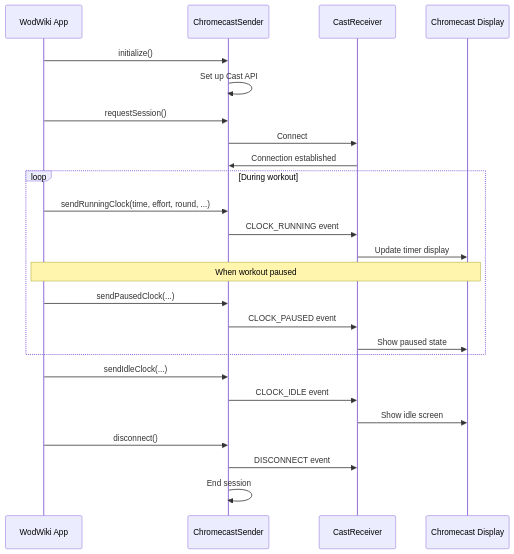
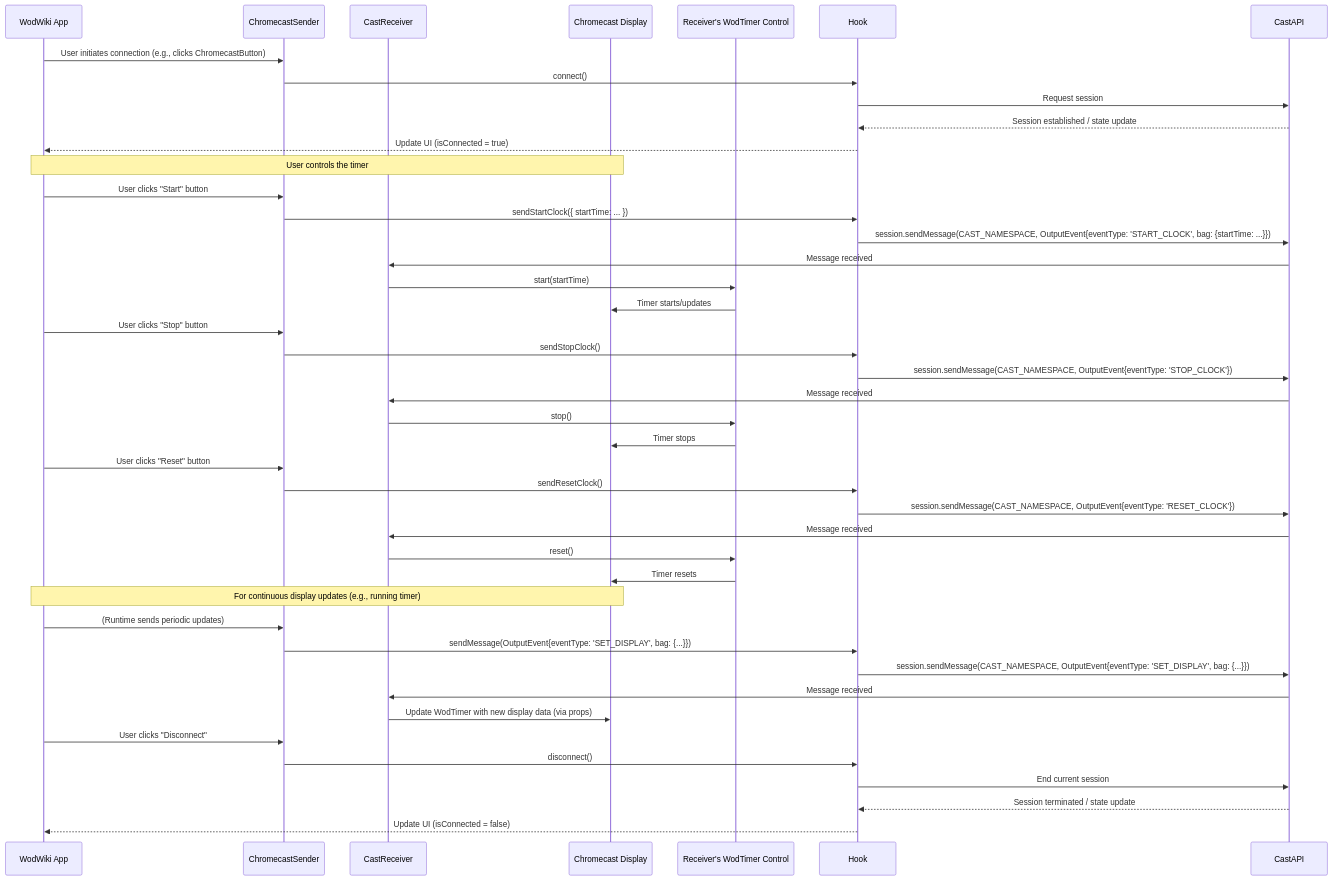
One commit to SergeiGolos/wod-wiki changed the third of 3 diagrams in docs/Notes/Chromecast.md. Above: the diagram before and after it, drawn with Mermaid. The commit also changed other lines of this file and 8 other files, not shown here.

First line of the commit message:
feat: Implement Chromecast clock controls

````diff
--- a/docs/Notes/Chromecast.md
+++ b/docs/Notes/Chromecast.md
@@ -176,32 +138,49 @@
 ```mermaid
 sequenceDiagram
     participant App as WodWiki App
     participant Sender as ChromecastSender
     participant Receiver as CastReceiver
     participant Display as Chromecast Display
+    participant WodTimerRef as Receiver's WodTimer Control
     
-    App->>Sender: initialize()
-    Sender->>Sender: Set up Cast API
-    App->>Sender: requestSession()
-    Sender->>Receiver: Connect
-    Receiver->>Sender: Connection established
+    App->>Sender: User initiates connection (e.g., clicks ChromecastButton)
+    Sender->>Hook: connect()
+    Hook->>CastAPI: Request session
+    CastAPI-->>Hook: Session established / state update
+    Hook-->>App: Update UI (isConnected = true)
     
-    loop During workout
-        App->>Sender: sendRunningClock(time, effort, round, ...)
-        Sender->>Receiver: CLOCK_RUNNING event
-        Receiver->>Display: Update timer display
+    Note over App,Display: User controls the timer
+    App->>Sender: User clicks "Start" button
+    Sender->>Hook: sendStartClock({ startTime: ... })
+    Hook->>CastAPI: session.sendMessage(CAST_NAMESPACE, OutputEvent{eventType: 'START_CLOCK', bag: {startTime: ...}})
+    CastAPI->>Receiver: Message received
+    Receiver->>WodTimerRef: start(startTime)
+    WodTimerRef->>Display: Timer starts/updates
         
-        Note over App,Display: When workout paused
-        App->>Sender: sendPausedClock(...)
-        Sender->>Receiver: CLOCK_PAUSED event
-        Receiver->>Display: Show paused state
-    end
-    
-    App->>Sender: sendIdleClock(...)
-    Sender->>Receiver: CLOCK_IDLE event
-    Receiver->>Display: Show idle screen
-    
-    App->>Sender: disconnect()
-    Sender->>Receiver: DISCONNECT event
-    Sender->>Sender: End session
+    App->>Sender: User clicks "Stop" button
+    Sender->>Hook: sendStopClock()
+    Hook->>CastAPI: session.sendMessage(CAST_NAMESPACE, OutputEvent{eventType: 'STOP_CLOCK'})
+    CastAPI->>Receiver: Message received
+    Receiver->>WodTimerRef: stop()
+    WodTimerRef->>Display: Timer stops
+        
+    App->>Sender: User clicks "Reset" button
+    Sender->>Hook: sendResetClock()
+    Hook->>CastAPI: session.sendMessage(CAST_NAMESPACE, OutputEvent{eventType: 'RESET_CLOCK'})
+    CastAPI->>Receiver: Message received
+    Receiver->>WodTimerRef: reset()
+    WodTimerRef->>Display: Timer resets
+        
+    Note over App,Display: For continuous display updates (e.g., running timer)
+    App->>Sender: (Runtime sends periodic updates)
+    Sender->>Hook: sendMessage(OutputEvent{eventType: 'SET_DISPLAY', bag: {...}})
+    Hook->>CastAPI: session.sendMessage(CAST_NAMESPACE, OutputEvent{eventType: 'SET_DISPLAY', bag: {...}})
+    CastAPI->>Receiver: Message received
+    Receiver->>Display: Update WodTimer with new display data (via props)
+
+    App->>Sender: User clicks "Disconnect"
+    Sender->>Hook: disconnect()
+    Hook->>CastAPI: End current session
+    CastAPI-->>Hook: Session terminated / state update
+    Hook-->>App: Update UI (isConnected = false)
 ```
````
